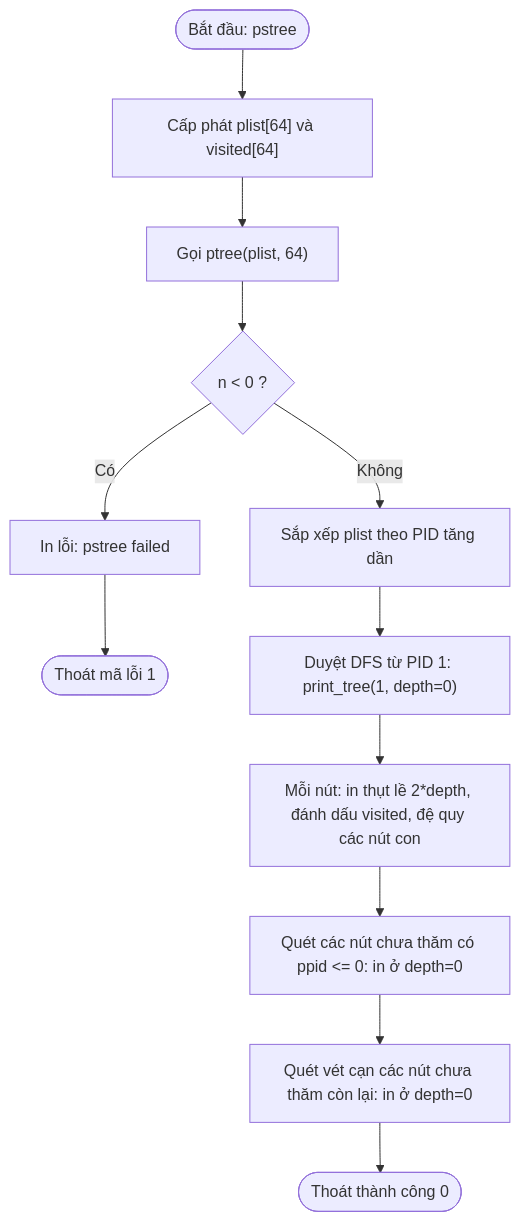
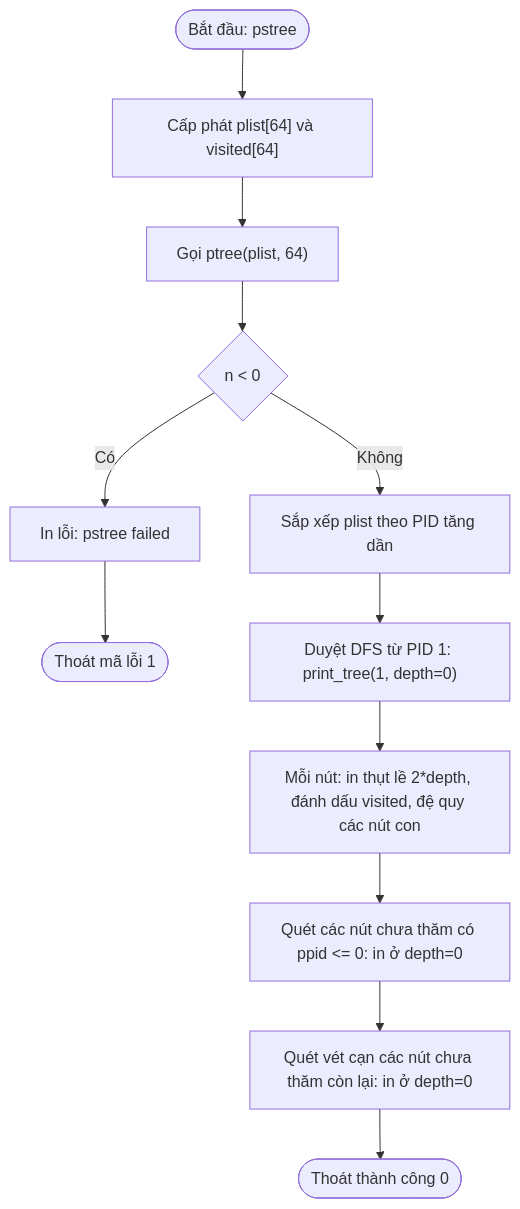
One commit to zetomis-was-taken/xv6_lab02 changed the first of 3 diagrams in report_ptree.md. Above: the diagram before and after it, drawn with Mermaid. The commit also changed other lines of this file, not shown here.

````diff
--- a/report_ptree.md
+++ b/report_ptree.md
@@ -82,16 +80,16 @@
 ```mermaid
 flowchart TD
     Start(["Bắt đầu: pstree"]) --> Alloc["Cấp phát plist[64] và visited[64]"]
     Alloc --> CallSys["Gọi ptree(plist, 64)"]
-    CallSys --> CheckRet{"n < 0 ?"}
+    CallSys --> CheckRet{"n < 0 "}
     
     CheckRet -- "Có" --> PrintErr["In lỗi: pstree failed"]
     PrintErr --> ExitFail(["Thoát mã lỗi 1"])
     
     CheckRet -- "Không" --> Sort["Sắp xếp plist theo PID tăng dần"]
     Sort --> DFSInit["Duyệt DFS từ PID 1: print_tree(1, depth=0)"]
     DFSInit --> SubDFS["Mỗi nút: in thụt lề 2*depth, đánh dấu visited, đệ quy các nút con"]
     SubDFS --> ScanRoots["Quét các nút chưa thăm có ppid <= 0: in ở depth=0"]
     ScanRoots --> ScanSweep["Quét vét cạn các nút chưa thăm còn lại: in ở depth=0"]
     ScanSweep --> ExitOk(["Thoát thành công 0"])
 ```
````
